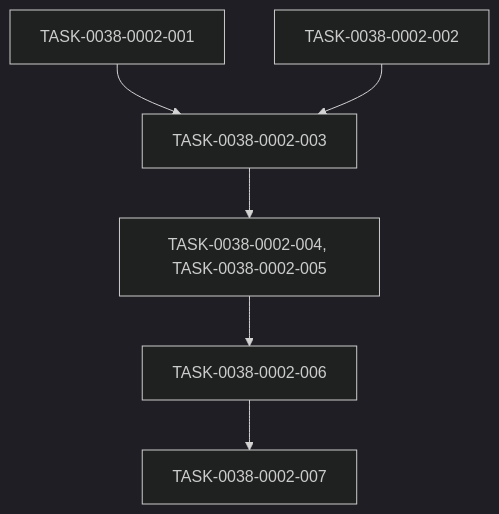
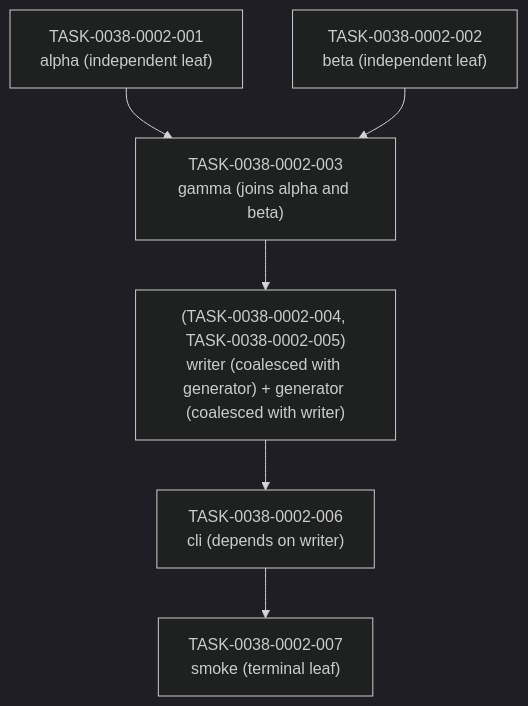
The diagram in java/src/test/resources/smoke/epic-0038/task-implementation-map-STORY-0038-0002.md (edercnj/ia-dev-environment), drawn with Mermaid (dark theme) before and after one commit. The commit also changed other lines of this file and 5 other files, not shown here.

````diff
--- a/java/src/test/resources/smoke/epic-0038/task-implementation-map-STORY-0038-0002.md
+++ b/java/src/test/resources/smoke/epic-0038/task-implementation-map-STORY-0038-0002.md
@@ -5,14 +5,14 @@
 ```mermaid
 graph TD
-    TASK_0038_0002_001["TASK-0038-0002-001"]
-    TASK_0038_0002_002["TASK-0038-0002-002"]
-    TASK_0038_0002_003["TASK-0038-0002-003"]
-    TASK_0038_0002_004["TASK-0038-0002-004, TASK-0038-0002-005"]
-    TASK_0038_0002_006["TASK-0038-0002-006"]
-    TASK_0038_0002_007["TASK-0038-0002-007"]
+    TASK_0038_0002_001["TASK-0038-0002-001<br/>alpha (independent leaf)"]
+    TASK_0038_0002_002["TASK-0038-0002-002<br/>beta (independent leaf)"]
+    TASK_0038_0002_003["TASK-0038-0002-003<br/>gamma (joins alpha and beta)"]
+    TASK_0038_0002_004["(TASK-0038-0002-004, TASK-0038-0002-005)<br/>writer (coalesced with generator) + generator (coalesced with writer)"]
+    TASK_0038_0002_006["TASK-0038-0002-006<br/>cli (depends on writer)"]
+    TASK_0038_0002_007["TASK-0038-0002-007<br/>smoke (terminal leaf)"]
     TASK_0038_0002_001 --> TASK_0038_0002_003
     TASK_0038_0002_002 --> TASK_0038_0002_003
     TASK_0038_0002_003 --> TASK_0038_0002_004
     TASK_0038_0002_004 --> TASK_0038_0002_006
     TASK_0038_0002_006 --> TASK_0038_0002_007
 ```
````
